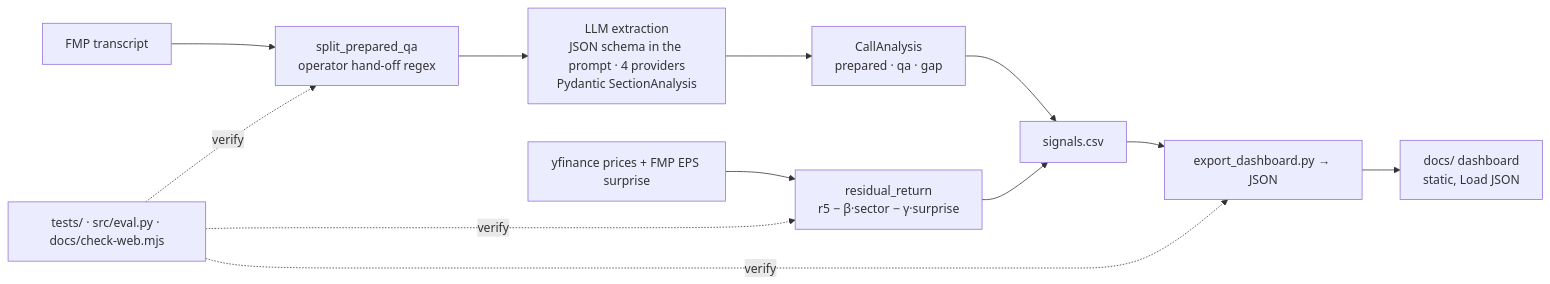
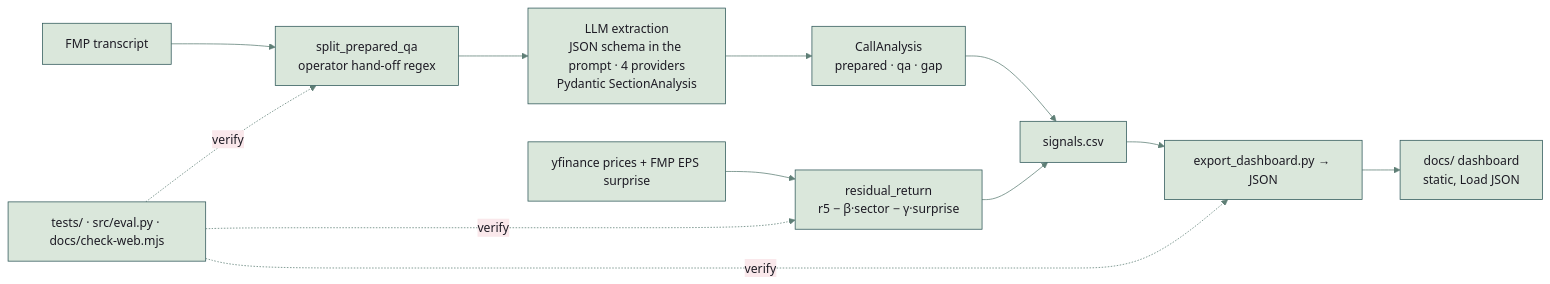
Before and after one commit to NickkkLian/Earnings-Call-Sentiment-Analyser: the diagram in README.md, drawn with Mermaid. The commit also changed other lines of this file, not shown here.

First line of the commit message:
README: the diagram and the build badge in the project's colours

````diff
--- a/README.md
+++ b/README.md
@@ -41,14 +41,15 @@
 ```mermaid
+%%{init: {"theme": "base", "themeVariables": {"darkMode": false, "fontFamily": "Inter, BlinkMacSystemFont, Segoe UI, Helvetica Neue, Helvetica, Arial", "primaryColor": "#dae7db", "mainBkg": "#dae7db", "primaryTextColor": "#1d1b24", "nodeTextColor": "#1d1b24", "textColor": "#1d1b24", "primaryBorderColor": "#2f5859", "nodeBorder": "#2f5859", "secondaryColor": "#fae8eb", "tertiaryColor": "#f7e9e8", "lineColor": "#5f7f76", "arrowheadColor": "#5f7f76", "defaultLinkColor": "#5f7f76", "edgeLabelBackground": "#fae8eb", "clusterBkg": "#f7e9e8", "clusterBorder": "#a8707a", "titleColor": "#7d2d44"}}}%%
 flowchart LR
   A["FMP transcript"] --> B["split_prepared_qa<br/>operator hand-off regex"]
   B --> C["LLM extraction<br/>JSON schema in the prompt · 4 providers<br/>Pydantic SectionAnalysis"]
   C --> D["CallAnalysis<br/>prepared · qa · gap"]
   E["yfinance prices + FMP EPS surprise"] --> F["residual_return<br/>r5 − β·sector − γ·surprise"]
   D --> G["signals.csv"]
   F --> G
   G --> H["export_dashboard.py → JSON"]
   H --> I["docs/ dashboard<br/>static, Load JSON"]
   J["tests/ · src/eval.py · docs/check-web.mjs"] -. verify .-> B
   J -. verify .-> F
   J -. verify .-> H
 ```
````
